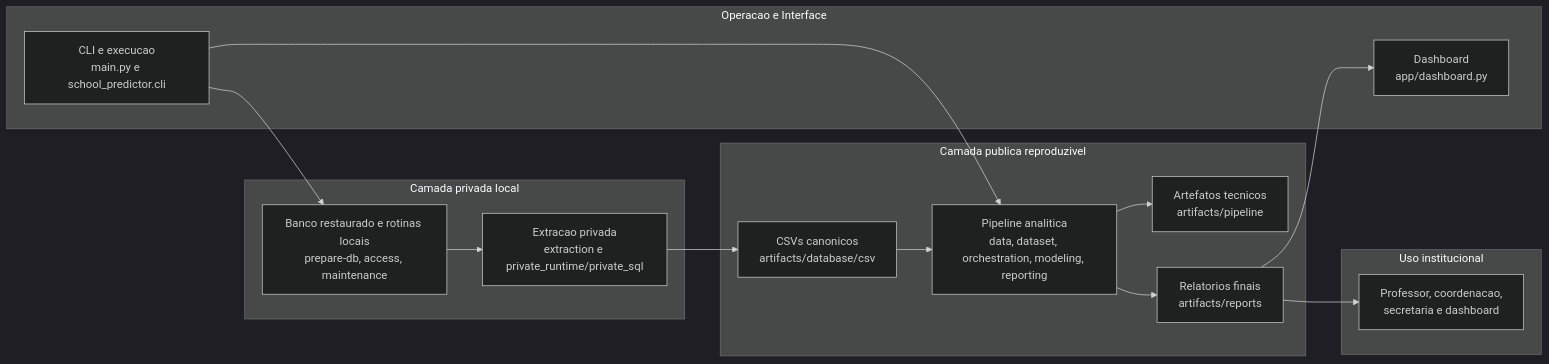
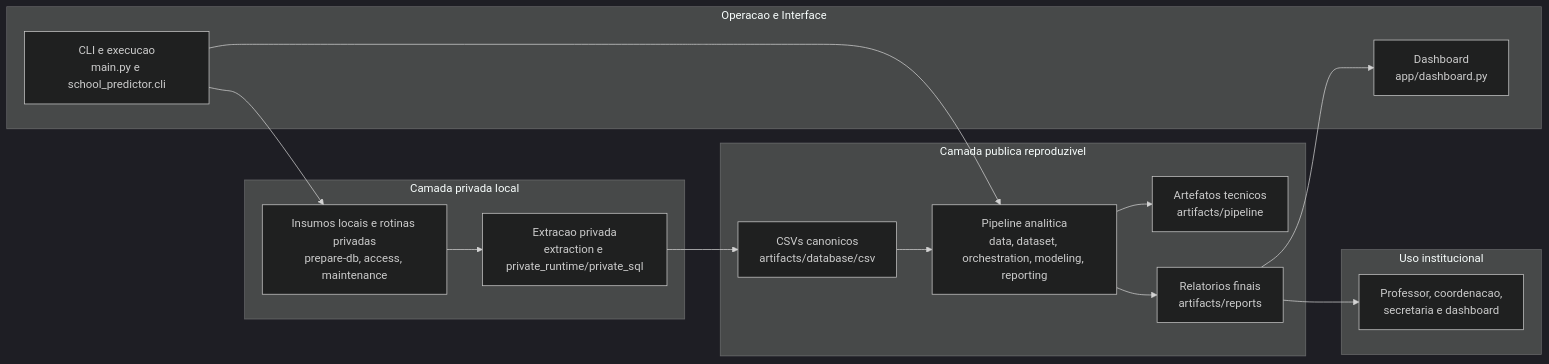
Before and after one commit to Ley00/school-predictor: the diagram in diagrama/arquitetural.md, drawn with Mermaid (dark theme). The commit also changed other lines of this file and 25 other files, not shown here.

````diff
--- a/diagrama/arquitetural.md
+++ b/diagrama/arquitetural.md
@@ -5,33 +5,33 @@
 ```mermaid
 flowchart LR
     subgraph Operacao["Operacao e Interface"]
         CLI["CLI e execucao<br/>main.py e school_predictor.cli"]
         DASH["Dashboard<br/>app/dashboard.py"]
     end
 
     subgraph Privada["Camada privada local"]
-        DB["Banco restaurado e rotinas locais<br/>prepare-db, access, maintenance"]
+        DB["Insumos locais e rotinas privadas<br/>prepare-db, access, maintenance"]
         EXT["Extracao privada<br/>extraction e private_runtime/private_sql"]
     end
 
     subgraph Publica["Camada publica reproduzivel"]
         CSV["CSVs canonicos<br/>artifacts/database/csv"]
         PIPE["Pipeline analitica<br/>data, dataset, orchestration, modeling, reporting"]
         TECH["Artefatos tecnicos<br/>artifacts/pipeline"]
         REPORTS["Relatorios finais<br/>artifacts/reports"]
     end
 
     subgraph Consumo["Uso institucional"]
         SCHOOL["Professor, coordenacao,<br/>secretaria e dashboard"]
     end
 
     CLI --> DB
     DB --> EXT
     EXT --> CSV
     CLI --> PIPE
     CSV --> PIPE
     PIPE --> TECH
     PIPE --> REPORTS
     REPORTS --> DASH
     REPORTS --> SCHOOL
 ```
````
